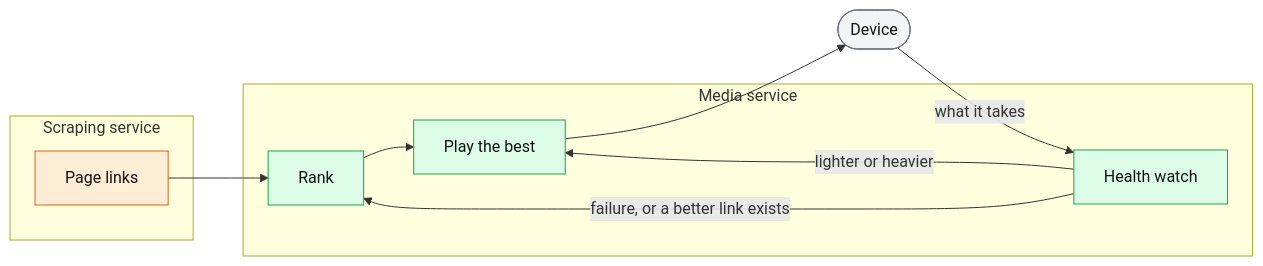
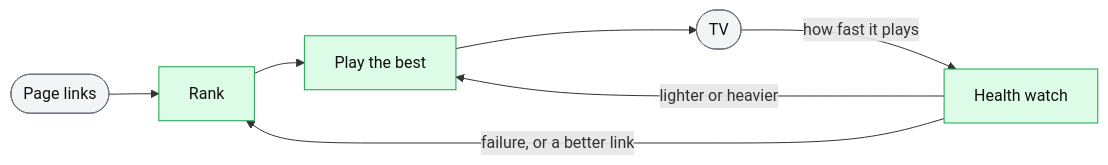
Before and after one commit to stupside/castor: the fourth of 4 diagrams in ARCHITECTURE.md, drawn with Mermaid. The commit also changed other lines of this file, not shown here.

Commit message:
docs(architecture): update the architecture documentation

````diff
--- a/ARCHITECTURE.md
+++ b/ARCHITECTURE.md
@@ -111,23 +87,11 @@
 ```mermaid
 flowchart LR
-    subgraph scrapeS["Scraping service"]
-        page[Page links]
-    end
-    subgraph mediaS["Media service"]
-        rank[Rank] --> play[Play the best]
-        watch[Health watch]
-    end
-    device([Device])
-    page --> rank
-    play --> device
-    device -- what it takes --> watch
+    page([Page links]) --> rank[Rank] --> play[Play the best] --> device([TV])
+    device -- how fast it plays --> watch[Health watch]
     watch -- lighter or heavier --> play
-    watch -- failure, or a better link exists --> rank
-    classDef apiNode fill:#dbeafe,stroke:#2563eb,color:#111
+    watch -- failure, or a better link --> rank
     classDef mediaNode fill:#dcfce7,stroke:#16a34a,color:#111
-    classDef scrapeNode fill:#ffedd5,stroke:#ea580c,color:#111
     classDef outside fill:#f3f4f6,stroke:#6b7280,color:#111
-    class page scrapeNode
     class rank,play,watch mediaNode
-    class device outside
+    class page,device outside
 ```
````
